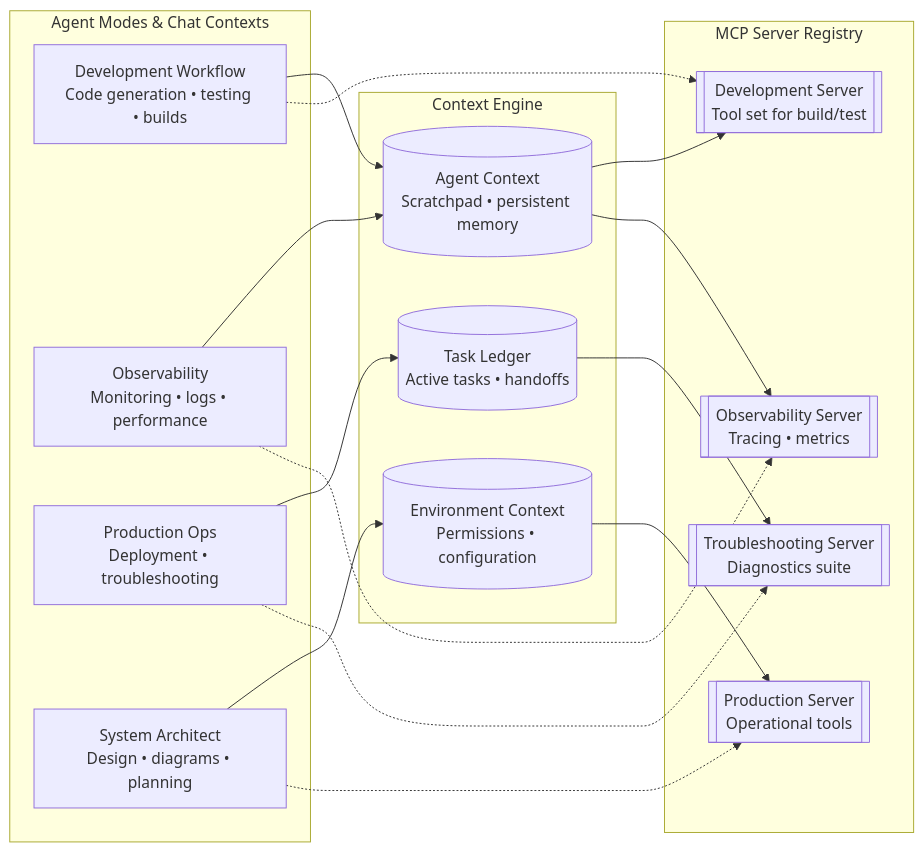
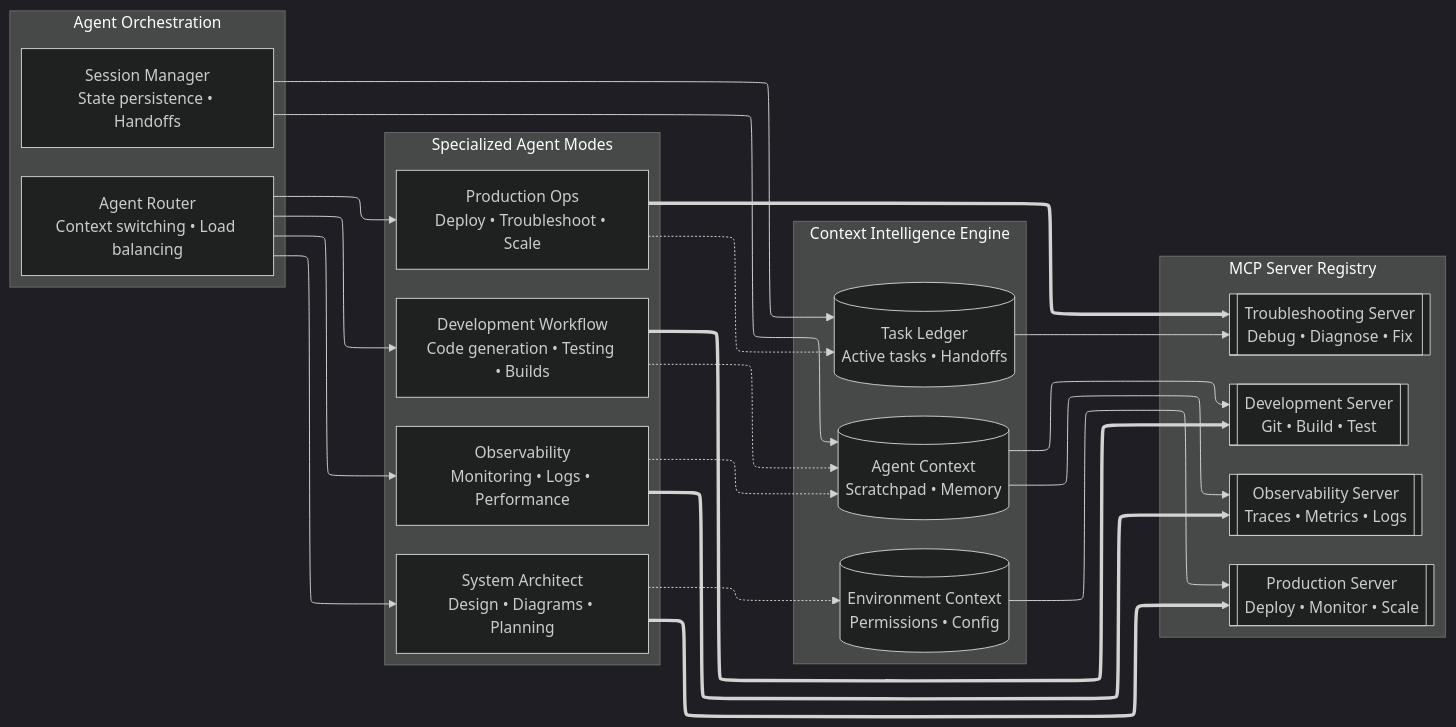
Before and after one commit to Alextorelli/ProspectPro: the diagram in docs/diagrams/dev-tools/architecture/agent-modes.mmd, drawn with Mermaid. The commit also changed 2 other files, not shown here.

Commit message:
feat: Refactor Mermaid diagrams for agent modes and environment contexts to improve clarity and structure

```diff
--- a/docs/diagrams/dev-tools/architecture/agent-modes.mmd
+++ b/docs/diagrams/dev-tools/architecture/agent-modes.mmd
@@ -1,37 +1,50 @@
-%%{init: { 'config': 'docs/shared/mermaid/config/mermaid.config.json', 'flowchart': { 'elk': { 'elk.direction': 'RIGHT' } } }}%%
+%%{init: { 'theme': 'dark', 'flowchart': { 'defaultRenderer': 'elk', 'elk': { 'algorithm': 'layered', 'direction': 'RIGHT', 'spacing.nodeNode': '60' }}}}%%
 %% index: [docs/tooling/end-state/index.md] %%
 flowchart LR
-    subgraph Agent_Modes["Agent Modes & Chat Contexts"]
-        DevWorkflow["Development Workflow\nCode generation • testing • builds"]
-        Observability["Observability\nMonitoring • logs • performance"]
-        ProdOps["Production Ops\nDeployment • troubleshooting"]
-        SysArchitect["System Architect\nDesign • diagrams • planning"]
+    subgraph Orchestration["Agent Orchestration"]
+        AgentRouter["Agent Router<br/>Context switching • Load balancing"]
+        SessionMgr["Session Manager<br/>State persistence • Handoffs"]
     end
 
-    subgraph Context_Engine["Context Engine"]
-        AgentContext[("Agent Context\nScratchpad • persistent memory")]
-        EnvContext[("Environment Context\nPermissions • configuration")]
-        TaskLedger[("Task Ledger\nActive tasks • handoffs")]
+    subgraph Agents["Specialized Agent Modes"]
+        DevWorkflow["Development Workflow<br/>Code generation • Testing • Builds"]
+        Observability["Observability<br/>Monitoring • Logs • Performance"]
+        ProdOps["Production Ops<br/>Deploy • Troubleshoot • Scale"]
+        SysArchitect["System Architect<br/>Design • Diagrams • Planning"]
     end
 
-    subgraph MCP_Servers["MCP Server Registry"]
-        DevMCP[[Development Server\nTool set for build/test]]
-        ProdMCP[[Production Server\nOperational tools]]
-        ObserveMCP[[Observability Server\nTracing • metrics]]
-        TroubleMCP[[Troubleshooting Server\nDiagnostics suite]]
+    subgraph Context["Context Intelligence Engine"]
+        AgentContext[("Agent Context<br/>Scratchpad • Memory")]
+        EnvContext[("Environment Context<br/>Permissions • Config")]
+        TaskLedger[("Task Ledger<br/>Active tasks • Handoffs")]
     end
 
-    DevWorkflow --> AgentContext
-    Observability --> AgentContext
-    ProdOps --> TaskLedger
-    SysArchitect --> EnvContext
+    subgraph MCPServers["MCP Server Registry"]
+        DevMCP[["Development Server<br/>Git • Build • Test"]]
+        ProdMCP[["Production Server<br/>Deploy • Monitor • Scale"]]
+        ObserveMCP[["Observability Server<br/>Traces • Metrics • Logs"]]
+        TroubleMCP[["Troubleshooting Server<br/>Debug • Diagnose • Fix"]]
+    end
+
+    AgentRouter --> DevWorkflow
+    AgentRouter --> Observability
+    AgentRouter --> ProdOps
+    AgentRouter --> SysArchitect
+    
+    SessionMgr --> AgentContext
+    SessionMgr --> TaskLedger
+
+    DevWorkflow -.-> AgentContext
+    Observability -.-> AgentContext
+    ProdOps -.-> TaskLedger
+    SysArchitect -.-> EnvContext
 
     AgentContext --> DevMCP
     AgentContext --> ObserveMCP
     EnvContext --> ProdMCP
     TaskLedger --> TroubleMCP
 
-    DevWorkflow -.-> DevMCP
-    Observability -.-> ObserveMCP
-    ProdOps -.-> TroubleMCP
-    SysArchitect -.-> ProdMCP
+    DevWorkflow ==> DevMCP
+    Observability ==> ObserveMCP
+    ProdOps ==> TroubleMCP
+    SysArchitect ==> ProdMCP
```
